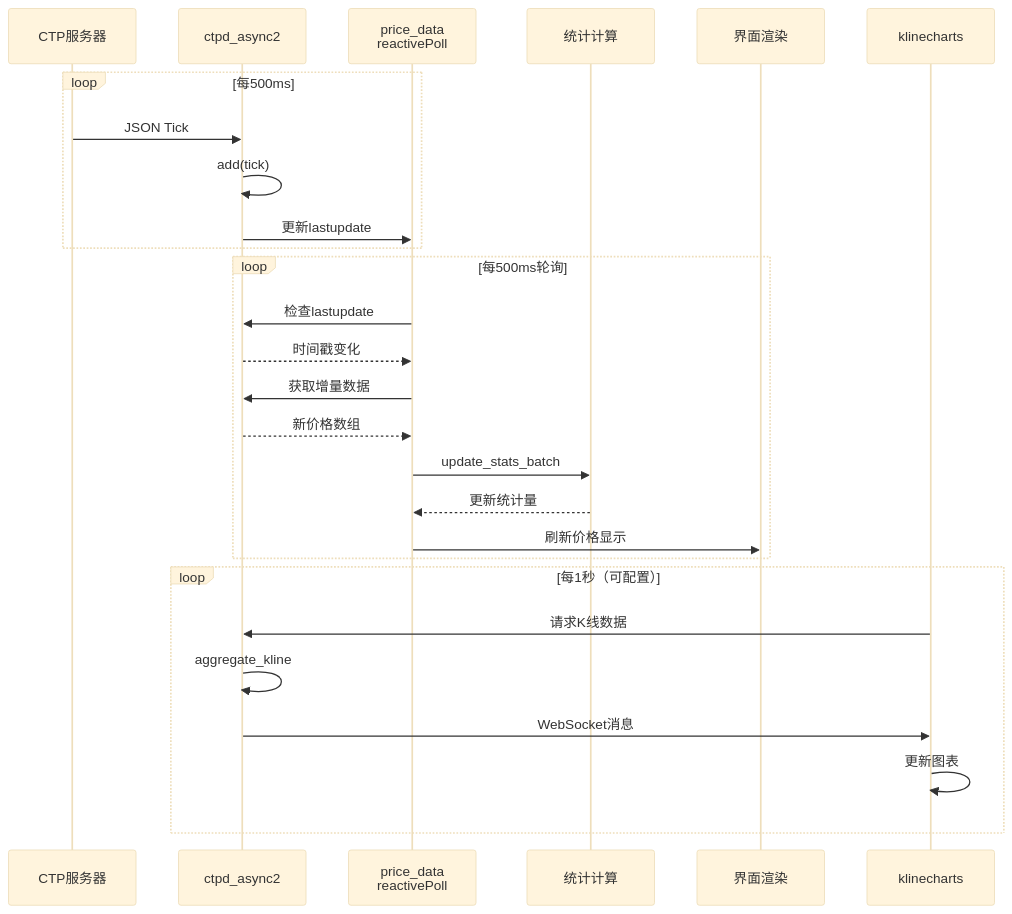
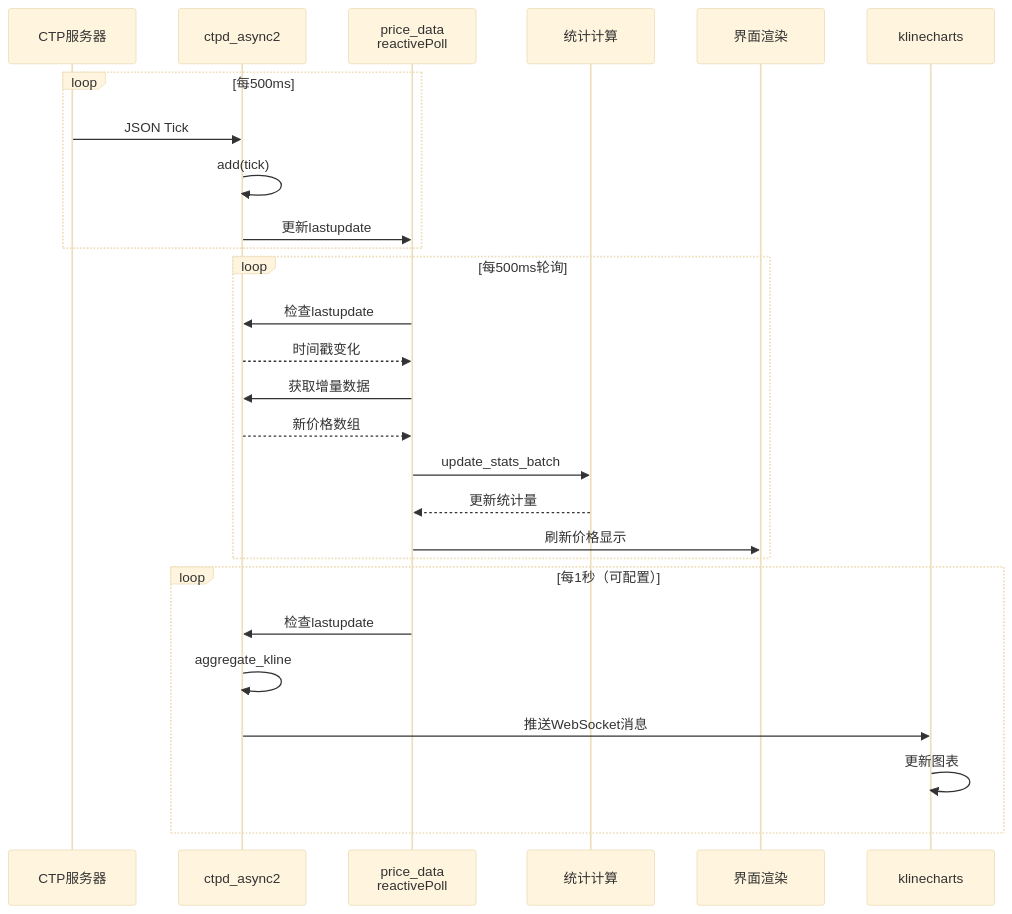
The fourth of 7 diagrams in src/main/r/rws/projs/ctp/shinyapps/app11/readme.md (gbench/malonylcoa), drawn with Mermaid (base theme) before and after one commit. The commit also changed 2 other files, not shown here.

Commit message:
格式调整

````diff
--- a/src/main/r/rws/projs/ctp/shinyapps/app11/readme.md
+++ b/src/main/r/rws/projs/ctp/shinyapps/app11/readme.md
@@ -243,32 +243,32 @@
 ```mermaid
 sequenceDiagram
     participant CTP as CTP服务器
     participant Client as ctpd_async2
     participant Poll as price_data<br/>reactivePoll
     participant Stats as 统计计算
     participant UI as 界面渲染
     participant Chart as klinecharts
     
     loop 每500ms
         CTP->>Client: JSON Tick
         Client->>Client: add(tick)
         Client->>Poll: 更新lastupdate
     end
     
     loop 每500ms轮询
         Poll->>Client: 检查lastupdate
         Client-->>Poll: 时间戳变化
         Poll->>Client: 获取增量数据
         Client-->>Poll: 新价格数组
         Poll->>Stats: update_stats_batch
         Stats-->>Poll: 更新统计量
         Poll->>UI: 刷新价格显示
     end
     
     loop 每1秒（可配置）
-        Chart->>Client: 请求K线数据
+        Poll->>Client: 检查lastupdate 
         Client->>Client: aggregate_kline
-        Client->>Chart: WebSocket消息
+        Client->>Chart: 推送WebSocket消息
         Chart->>Chart: 更新图表
     end
 ```
````
